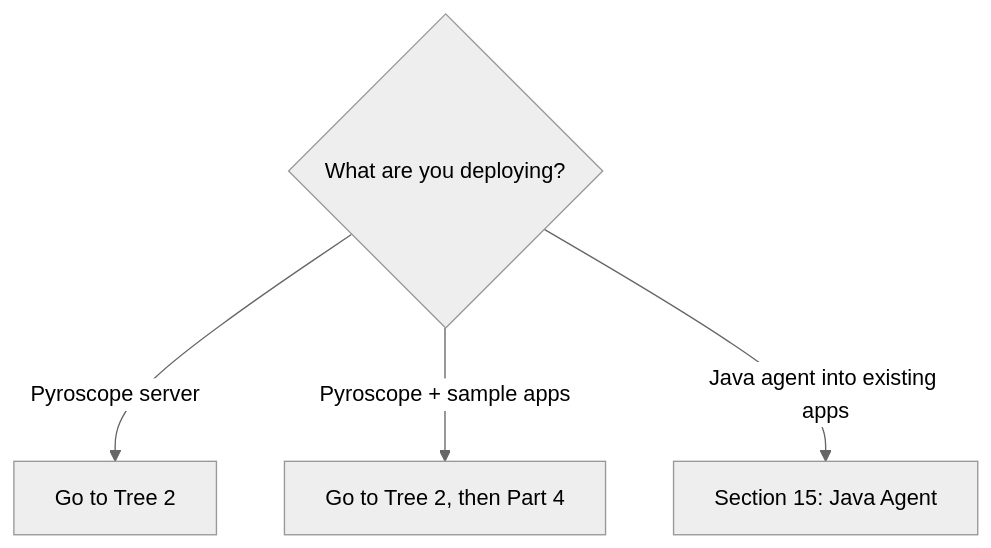
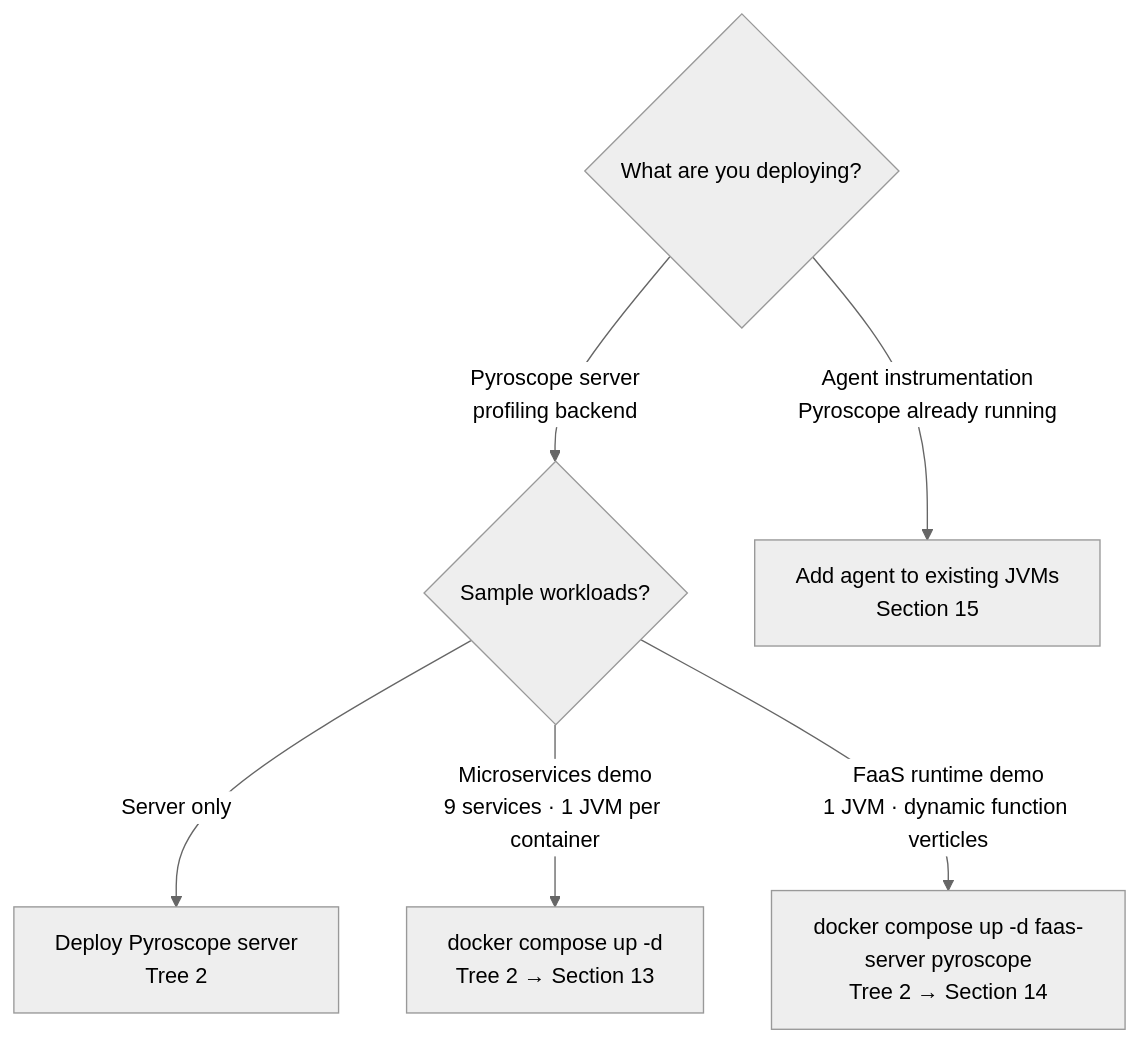
One commit to aff0gat000/pyroscope changed the first of 9 diagrams in docs/deployment-guide.md. Above: the diagram before and after it, drawn with Mermaid (neutral theme). The commit also changed other lines of this file, not shown here.

First line of the commit message:
Redesign deployment guide decision tree with architecture nomenclature

````diff
--- a/docs/deployment-guide.md
+++ b/docs/deployment-guide.md
@@ -24,6 +24,9 @@
 ```mermaid
 graph TD
-    A{What are you deploying?} -->|Pyroscope server| B[Go to Tree 2]
-    A -->|Pyroscope + sample apps| C[Go to Tree 2, then Part 4]
-    A -->|Java agent into existing apps| D[Section 15: Java Agent]
+    A{What are you deploying?} -->|Pyroscope server<br/>profiling backend| B{Sample workloads?}
+    A -->|Agent instrumentation<br/>Pyroscope already running| F["Add agent to existing JVMs<br/>Section 15"]
+
+    B -->|Server only| C["Deploy Pyroscope server<br/>Tree 2"]
+    B -->|"Microservices demo<br/>9 services · 1 JVM per container"| D["docker compose up -d<br/>Tree 2 → Section 13"]
+    B -->|"FaaS runtime demo<br/>1 JVM · dynamic function verticles"| E["docker compose up -d faas-server pyroscope<br/>Tree 2 → Section 14"]
 ```
````
